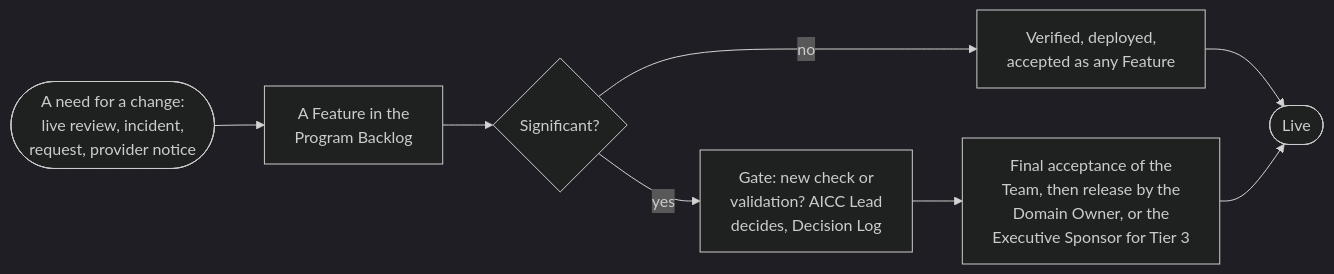
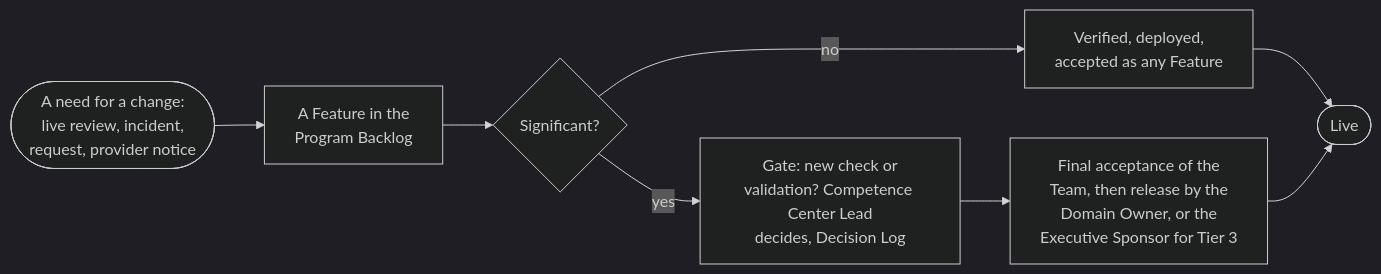
The diagram in portal/content/en/delivery/life-cycle-management.md (devhogu/ob-aicc), drawn with Mermaid (dark theme) before and after one commit. The commit also changed other lines of this file and 1149 other files, not shown here.

First line of the commit message:
The name Competence Center: AICC stays only as a code (DR-2026-066)

````diff
--- a/portal/content/en/delivery/life-cycle-management.md
+++ b/portal/content/en/delivery/life-cycle-management.md
@@ -19,10 +19,10 @@
 ```mermaid
 flowchart LR
   R(["A need for a change:<br/>live review, incident,<br/>request, provider notice"]) --> F["A Feature in the<br/>Program Backlog"]
   F --> S{"Significant?"}
   S -->|"no"| N["Verified, deployed,<br/>accepted as any Feature"]
-  S -->|"yes"| K["Gate: new check or<br/>validation? AICC Lead<br/>decides, Decision Log"]
+  S -->|"yes"| K["Gate: new check or<br/>validation? Competence Center Lead<br/>decides, Decision Log"]
   K --> T["Final acceptance of the<br/>Team, then release by the<br/>Domain Owner, or the<br/>Executive Sponsor for Tier 3"]
   N --> L(["Live"])
   T --> L
 ```
````
